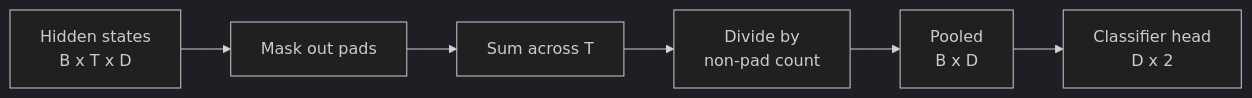
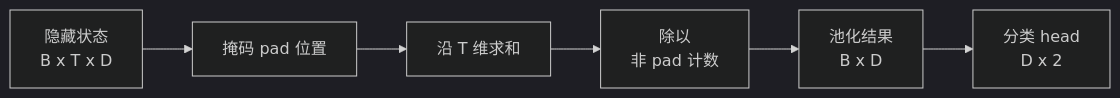
One commit to alessandrodinisio-ai/ai-engineering-learning-framework changed the second of 3 diagrams in phases/19-capstone-projects/38-classifier-finetuning/docs/zh.md. Above: the diagram before and after it, drawn with Mermaid (dark theme). The commit also changed other lines of this file and 120 other files, not shown here.

First line of the commit message:
i18n(mermaid): 337 个 mermaid 图表标签中文化

````diff
--- a/phases/19-capstone-projects/38-classifier-finetuning/docs/zh.md
+++ b/phases/19-capstone-projects/38-classifier-finetuning/docs/zh.md
@@ -65,8 +65,8 @@
 ```mermaid
 flowchart LR
-  H[Hidden states<br/>B x T x D] --> M[Mask out pads]
-  M --> S[Sum across T]
-  S --> N[Divide by<br/>non-pad count]
-  N --> P[Pooled<br/>B x D]
-  P --> C[Classifier head<br/>D x 2]
+  H[隐藏状态<br/>B x T x D] --> M[掩码 pad 位置]
+  M --> S[沿 T 维求和]
+  S --> N[除以<br/>非 pad 计数]
+  N --> P[池化结果<br/>B x D]
+  P --> C[分类 head<br/>D x 2]
 ```
````
